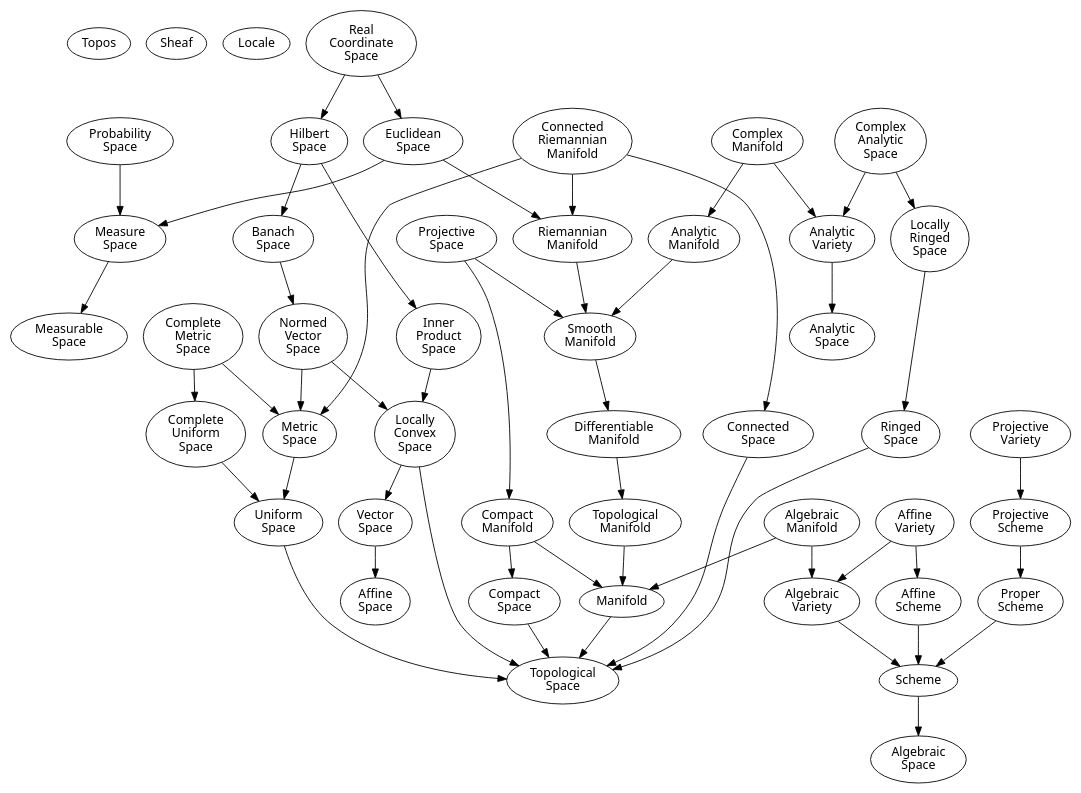
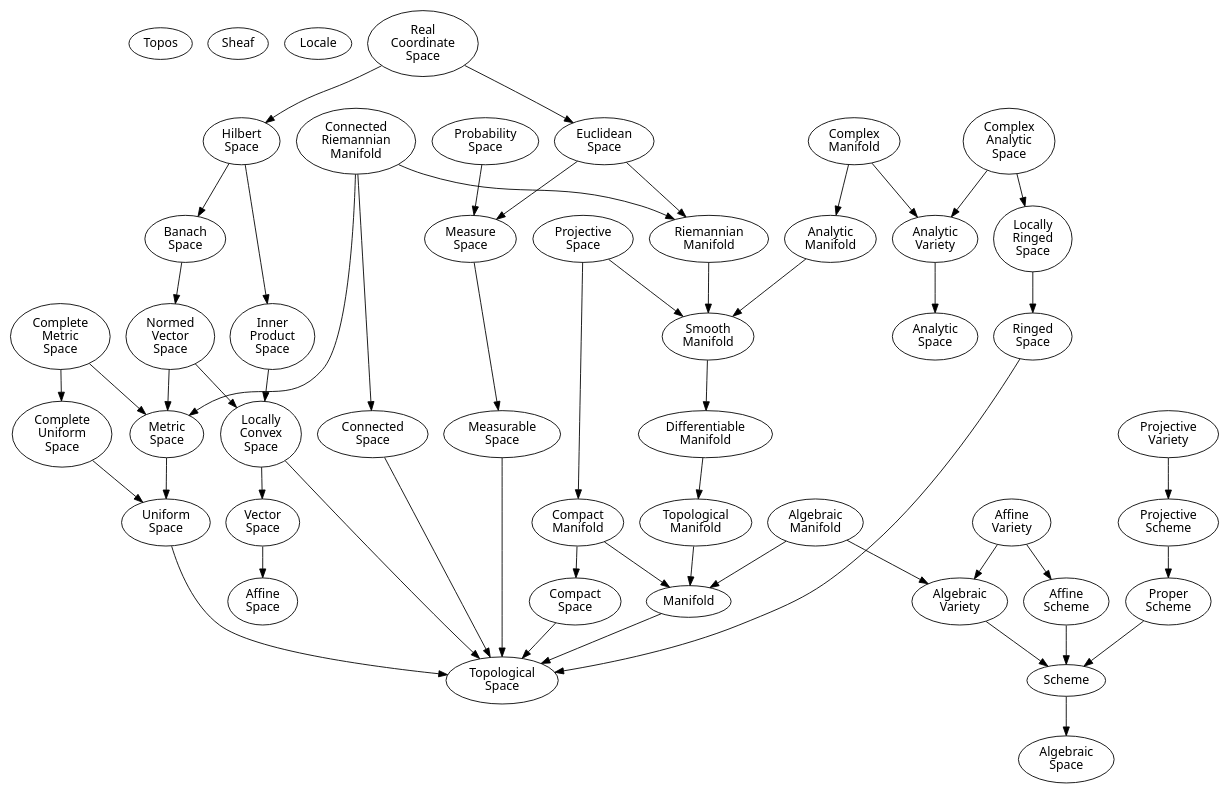
One commit to spearman/formal-logic changed the diagram in spaces.dot. Above: the diagram before and after it, drawn with Graphviz. The commit also changed 3 other files, not shown here.

```diff
--- a/spaces.dot
+++ b/spaces.dot
@@ -1,115 +1,116 @@
 digraph spaces {
   node [ fontname = "sans" ];
 
   "Topos";
 
   "Sheaf";
 
   "Locale";
 
   "Real\nCoordinate\nSpace";
 
   "Euclidean\nSpace";
 
   "Projective\nSpace";
 
   "Measure\nSpace";
   "Measurable\nSpace";
 
   "Complex\nManifold";
   "Analytic\nManifold";
   "Algebraic\nManifold";
   "Compact\nManifold";
   "Riemannian\nManifold";
   "Connected\nRiemannian\nManifold";
   "Smooth\nManifold";
   "Differentiable\nManifold";
   "Topological\nManifold";
   "Manifold";
   "Compact\nSpace";
   "Connected\nSpace";
   "Complete\nMetric\nSpace";
   "Complete\nUniform\nSpace";
   "Metric\nSpace";
   "Uniform\nSpace";
   "Topological\nSpace";
 
   "Hilbert\nSpace";
   "Banach\nSpace";
   "Normed\nVector\nSpace";
   "Inner\nProduct\nSpace";
   "Locally\nConvex\nSpace";
   "Vector\nSpace";
   "Affine\nSpace";
 
   "Projective\nVariety";
   "Affine\nVariety";
   "Algebraic\nVariety";
   "Analytic\nVariety";
   "Analytic\nSpace";
   "Affine\nScheme";
   "Scheme";
   "Algebraic\nSpace";
 
   "Complex\nAnalytic\nSpace";
   "Locally\nRinged\nSpace";
   "Analytic\nSpace";
 
   "Real\nCoordinate\nSpace" -> "Hilbert\nSpace"
   "Real\nCoordinate\nSpace" -> "Euclidean\nSpace"
   "Euclidean\nSpace" -> "Measure\nSpace"
   "Probability\nSpace" -> "Measure\nSpace"
   "Measure\nSpace" -> "Measurable\nSpace"
+  "Measurable\nSpace" -> "Topological\nSpace"
 
   "Hilbert\nSpace" -> "Banach\nSpace"
   "Hilbert\nSpace" -> "Inner\nProduct\nSpace"
   "Normed\nVector\nSpace" -> "Locally\nConvex\nSpace"
   "Inner\nProduct\nSpace" -> "Locally\nConvex\nSpace"
   "Locally\nConvex\nSpace" -> "Topological\nSpace"
   "Locally\nConvex\nSpace" -> "Vector\nSpace"
   "Vector\nSpace" -> "Affine\nSpace"
 
   "Banach\nSpace" -> "Normed\nVector\nSpace"
   "Normed\nVector\nSpace" -> "Metric\nSpace"
   "Complete\nMetric\nSpace" -> "Metric\nSpace"
   "Complete\nMetric\nSpace" -> "Complete\nUniform\nSpace"
   "Complete\nUniform\nSpace" -> "Uniform\nSpace"
   "Metric\nSpace" -> "Uniform\nSpace"
   "Uniform\nSpace" -> "Topological\nSpace"
 
   "Projective\nSpace" -> "Compact\nManifold"
   "Projective\nSpace" -> "Smooth\nManifold"
   "Euclidean\nSpace" -> "Riemannian\nManifold"
   "Connected\nRiemannian\nManifold" -> "Riemannian\nManifold"
   "Connected\nRiemannian\nManifold" -> "Connected\nSpace"
   "Connected\nRiemannian\nManifold" -> "Metric\nSpace"
   "Riemannian\nManifold" -> "Smooth\nManifold"
   "Analytic\nManifold" -> "Smooth\nManifold"
   "Smooth\nManifold" -> "Differentiable\nManifold"
   "Differentiable\nManifold" -> "Topological\nManifold"
   "Complex\nManifold" -> "Analytic\nManifold"
   "Topological\nManifold" -> "Manifold"
   "Compact\nManifold" -> "Manifold"
   "Compact\nManifold" -> "Compact\nSpace"
   "Compact\nSpace" -> "Topological\nSpace"
   "Connected\nSpace" -> "Topological\nSpace"
   "Manifold" -> "Topological\nSpace"
 
   "Projective\nVariety" -> "Projective\nScheme"
   "Projective\nScheme" -> "Proper\nScheme"
   "Proper\nScheme" -> "Scheme"
   "Complex\nManifold" -> "Analytic\nVariety"
   "Complex\nAnalytic\nSpace" -> "Analytic\nVariety"
   "Complex\nAnalytic\nSpace" -> "Locally\nRinged\nSpace"
   "Locally\nRinged\nSpace" -> "Ringed\nSpace"
   "Ringed\nSpace" -> "Topological\nSpace"
   "Analytic\nVariety" -> "Analytic\nSpace"
   "Algebraic\nManifold" -> "Algebraic\nVariety"
   "Algebraic\nManifold" -> "Manifold"
   "Algebraic\nVariety" -> "Scheme"
   "Affine\nVariety" -> "Algebraic\nVariety"
   "Affine\nVariety" -> "Affine\nScheme"
   "Affine\nScheme" -> "Scheme"
   "Scheme" -> "Algebraic\nSpace"
 
 }
```
